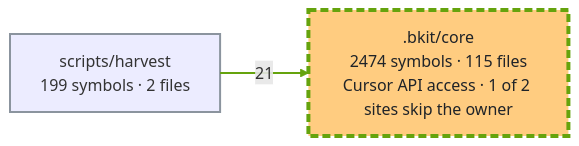
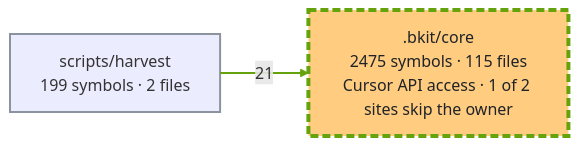
One commit to cbartens/bkit changed the second of 3 diagrams in docs/capabilities.md. Above: the diagram before and after it, drawn with Mermaid. The commit also changed other lines of this file, not shown here.

Commit message:
docs(graph): refresh capabilities graph

````diff
--- a/docs/capabilities.md
+++ b/docs/capabilities.md
@@ -169,16 +169,16 @@
 ```mermaid
 ---
 config:
   layout: elk
   flowchart:
     useMaxWidth: false
 ---
 flowchart LR
-  %% Generated by bkit-graphify-rollup.py from c0ed8ee65632fd837f66d1279d5fdc5aec28bcee — do not edit
-  n_bkit_core[".bkit/core<br/>2474 symbols · 115 files<br/>Cursor API access · 1 of 2 sites skip the owner"]
+  %% Generated by bkit-graphify-rollup.py from a8d97880e1c06a7f3d8289bdffc5f35261db83f2 — do not edit
+  n_bkit_core[".bkit/core<br/>2475 symbols · 115 files<br/>Cursor API access · 1 of 2 sites skip the owner"]
   nscripts_harvest["scripts/harvest<br/>199 symbols · 2 files"]
   nscripts_harvest -->|21| n_bkit_core
   style n_bkit_core stroke:#65a30d,stroke-width:4px,stroke-dasharray:8 4,fill:#ffcc80,color:#1f2328
   style nscripts_harvest stroke:#8b949e,stroke-width:2px
   linkStyle 0 stroke:#65a30d,stroke-width:2px
 ```
````
